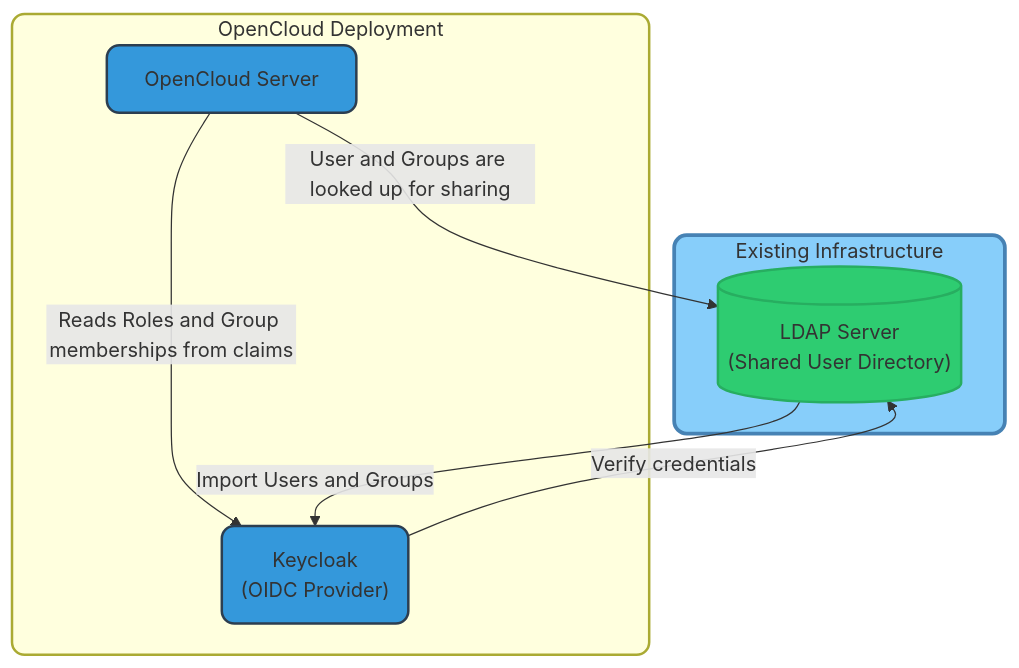
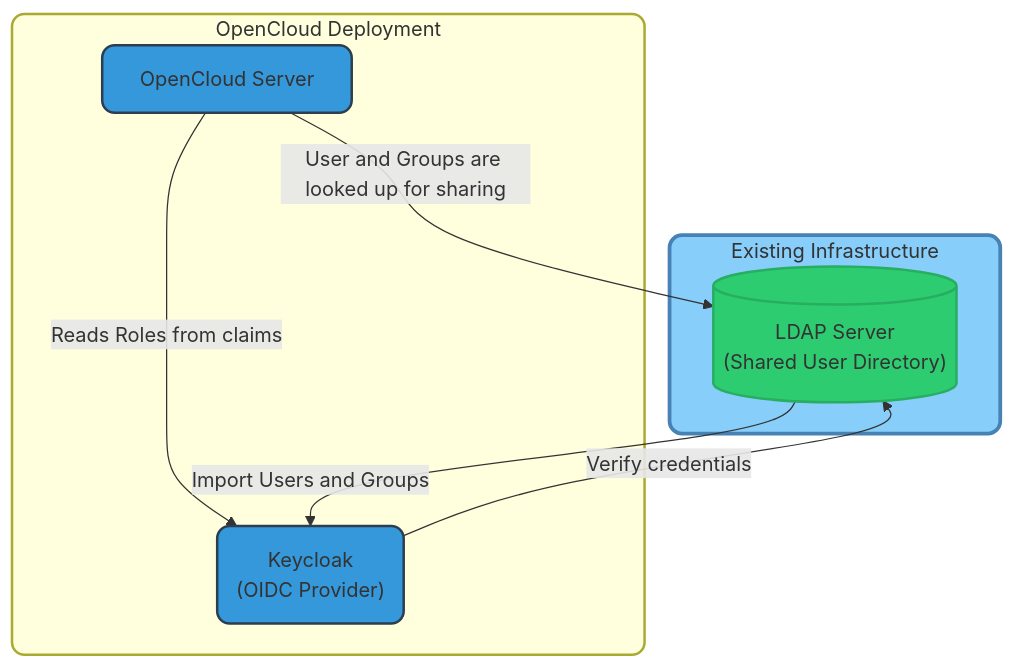
One commit to opencloud-eu/docs changed the first of 2 diagrams in docs/admin/configuration/authentication-and-user-management/keycloak.md. Above: the diagram before and after it, drawn with Mermaid.

Commit message:
adjust suggested change

````diff
--- a/docs/admin/configuration/authentication-and-user-management/keycloak.md
+++ b/docs/admin/configuration/authentication-and-user-management/keycloak.md
@@ -74,25 +74,25 @@
 ```mermaid
 graph TD
     subgraph opencloud["OpenCloud Deployment"]
         OpenCloud["OpenCloud Server"]
         Keycloak("Keycloak<br>(OIDC Provider)")
     end
     subgraph existing["Existing Infrastructure"]
         LDAP[("LDAP Server<br>(Shared User Directory)")]
     end
 
     OpenCloud -->|"User and Groups are looked up for sharing"| LDAP
-    OpenCloud -->|"Reads Roles and Group memberships from claims"| Keycloak
+    OpenCloud -->|"Reads Roles from claims"| Keycloak
     Keycloak -->|"Verify credentials"| LDAP
     LDAP -->|"Import Users and Groups"| Keycloak
 
     classDef service fill:#3498db,stroke:#2c3e50,stroke-width:2px,rx:10px,ry:10px;
     classDef storage fill:#2ecc71,stroke:#27ae60,stroke-width:2px,rx:10px,ry:10px;
     classDef readonly fill:#87CEFA,stroke:#4682B4,stroke-width:3px,rx:10px,ry:10px;
     classDef general stroke-width:2px,rx:10px,ry:10px;
 
     class OpenCloud,Keycloak service;
     class LDAP storage;
     class existing,directory readonly;
     class opencloud general;
 ```
````
